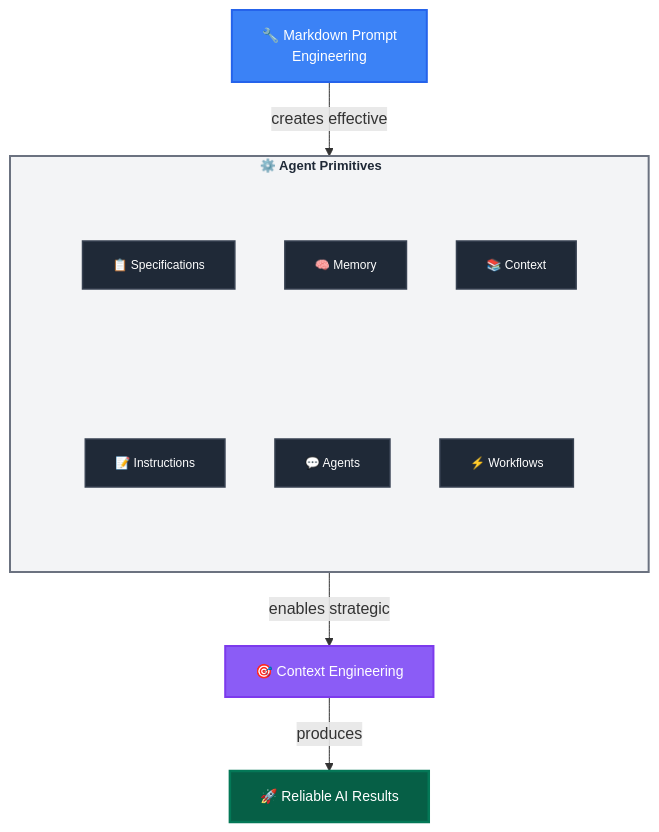
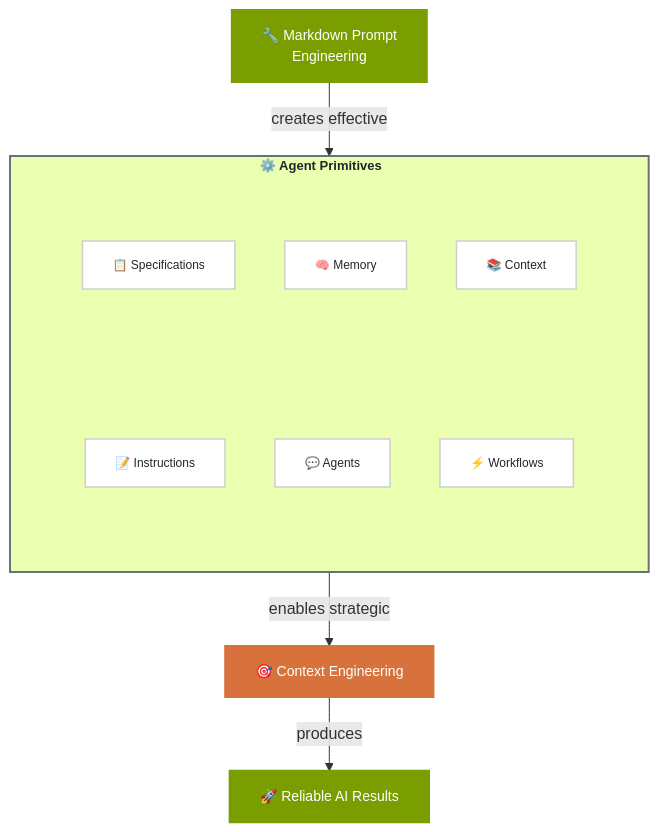
The diagram in docs/framework/ai-native-concepts.md (javiarmesto/ALDC-AL-Development-Collection), drawn with Mermaid before and after one commit. The commit also changed 8 other files, not shown here.

````diff
--- a/docs/framework/ai-native-concepts.md
+++ b/docs/framework/ai-native-concepts.md
@@ -141,42 +141,42 @@
 ```mermaid
 flowchart TD
     A["🔧 Markdown Prompt<br/>Engineering"] 
     
     subgraph B ["⚙️ Agent Primitives"]
         subgraph B_ROW1 [" "]
             B1["📝 Instructions"]
             B2["💬 Agents"] 
             B3["⚡ Workflows"]
         end
         subgraph B_ROW2 [" "]
             B4["📋 Specifications"]
             B5["🧠 Memory"]
             B6["📚 Context"]
         end
     end
     
     C["🎯 Context Engineering"]
     D["🚀 Reliable AI Results"]
     
     A -->|"creates effective"| B
     B -->|"enables strategic"| C
     C -->|"produces"| D
     
     %% Elegant, accessible color palette with proper contrast
-    classDef foundation fill:#3b82f6,stroke:#2563eb,stroke-width:2px,color:#ffffff,font-size:14px
-    classDef primitives fill:#1f2937,stroke:#374151,stroke-width:1.5px,color:#ffffff,font-size:12px
-    classDef optimization fill:#8b5cf6,stroke:#7c3aed,stroke-width:2px,color:#ffffff,font-size:14px
-    classDef outcome fill:#065f46,stroke:#047857,stroke-width:2.5px,color:#ffffff,font-size:14px
+    classDef foundation fill:#7a9e00,stroke:#7a9e00,stroke-width:2px,color:#ffffff,font-size:14px
+    classDef primitives fill:#ffffff,stroke:#cfcfcf,stroke-width:1.5px,color:#232529,font-size:12px
+    classDef optimization fill:#d8723c,stroke:#d8723c,stroke-width:2px,color:#ffffff,font-size:14px
+    classDef outcome fill:#7a9e00,stroke:#7a9e00,stroke-width:2.5px,color:#ffffff,font-size:14px
     
     class A foundation
     class B1,B2,B3,B4,B5,B6 primitives
     class C optimization
     class D outcome
     
     %% Hide the row subgraph borders
     style B_ROW1 fill:transparent,stroke:none
     style B_ROW2 fill:transparent,stroke:none
     
     %% High contrast container styling for Agent Primitives with spacing
-    style B fill:#f3f4f6,stroke:#6b7280,stroke-width:2px,color:#1f2937,font-size:13px,font-weight:bold,margin-top:10px,padding-top:15px
+    style B fill:#ebffb1,stroke:#696f7b,stroke-width:2px,color:#232529,font-size:13px,font-weight:bold,margin-top:10px,padding-top:15px
 ```
````
